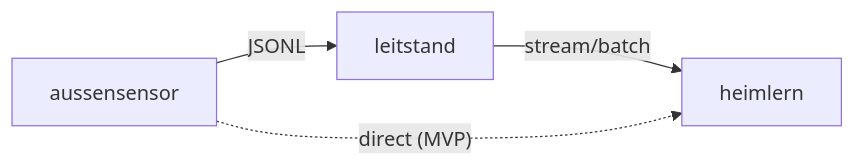
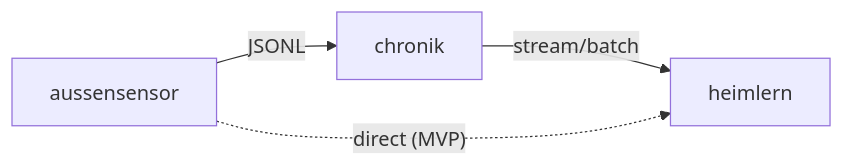
One commit to heimgewebe/metarepo changed the diagram in docs/flows.md. Above: the diagram before and after it, drawn with Mermaid. The commit also changed other lines of this file and 12 other files, not shown here.

````diff
--- a/docs/flows.md
+++ b/docs/flows.md
@@ -6,7 +6,7 @@
 ```mermaid
 flowchart LR
- A[aussensensor] -- JSONL --> L[leitstand]
- L -- stream/batch --> H[heimlern]
+ A[aussensensor] -- JSONL --> C[chronik]
+ C -- stream/batch --> H[heimlern]
  %% MVP-Workaround (direkt, zu entfernen)
  A -. direct (MVP) .-> H
 ```
````
